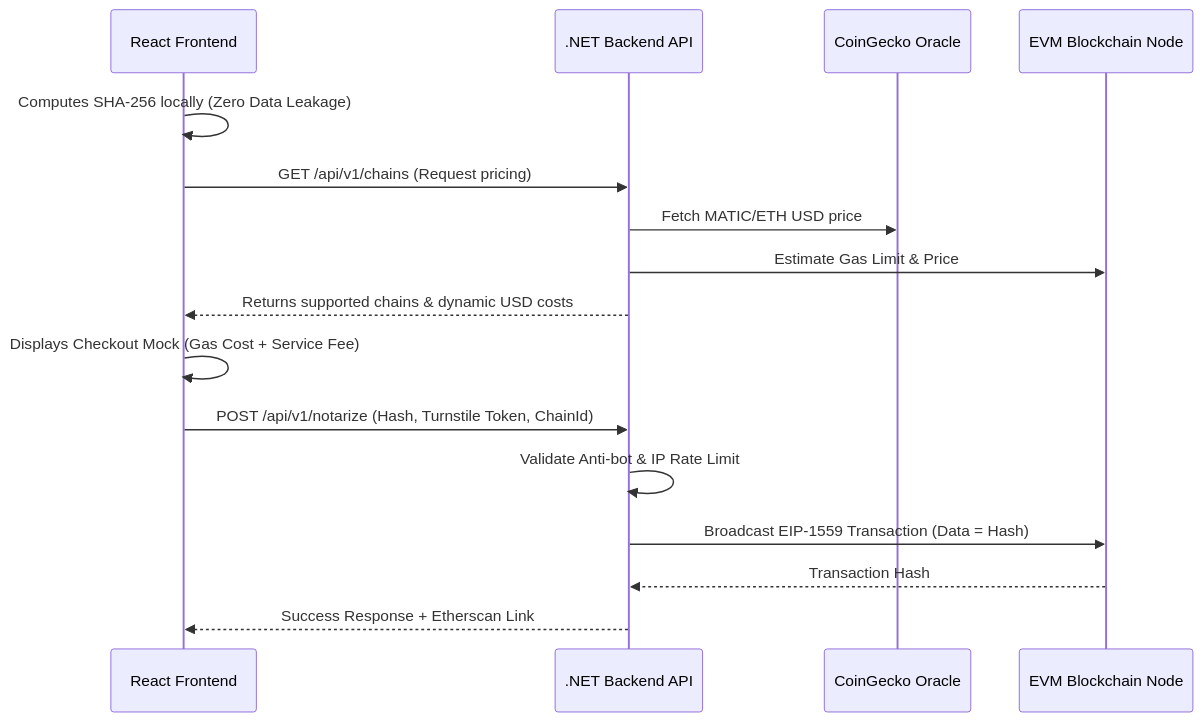
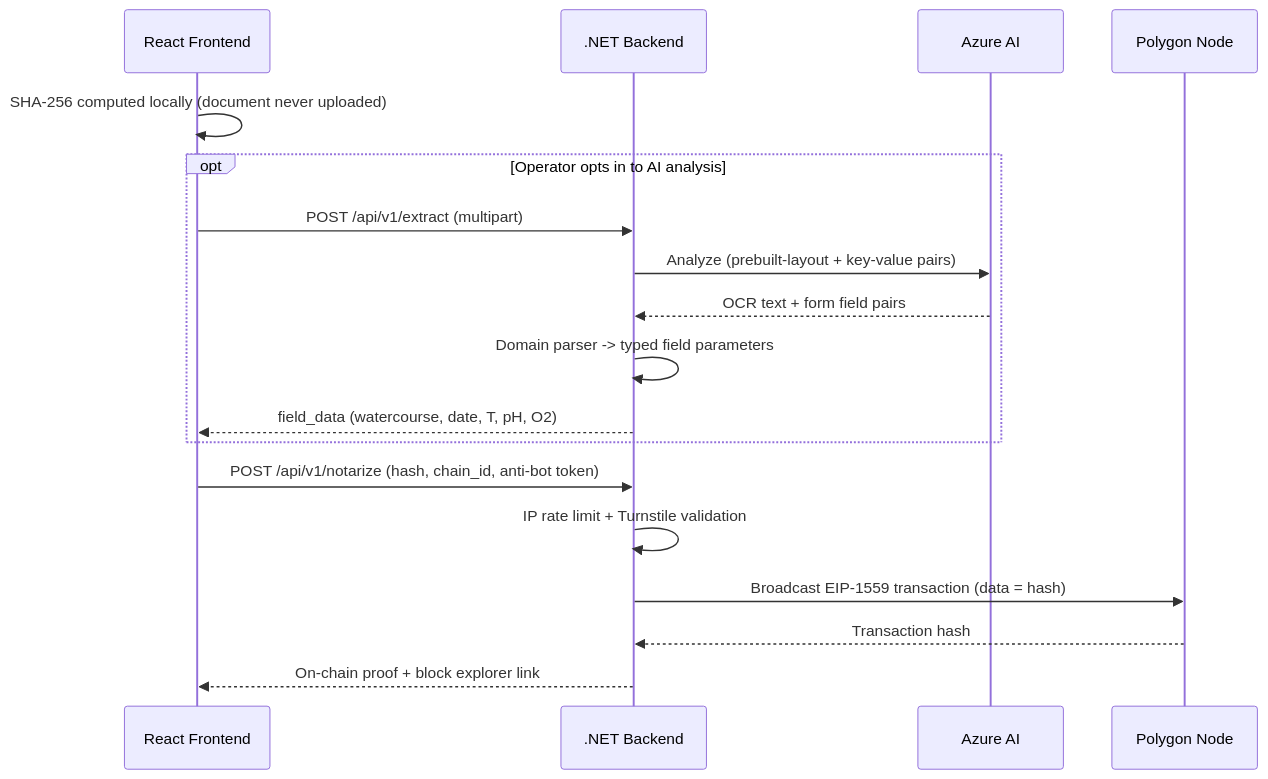
One commit to N0g4D/azure-web3-notarizer changed the second of 2 diagrams in README.md. Above: the diagram before and after it, drawn with Mermaid. The commit also changed other lines of this file, not shown here.

```diff
--- a/README.md
+++ b/README.md
@@ -50,19 +99,21 @@
 ~~~mermaid
 sequenceDiagram
     participant B as React Frontend
-    participant A as .NET Backend API
-    participant O as CoinGecko Oracle
-    participant R as EVM Blockchain Node
-    
-    B->>B: Computes SHA-256 locally (Zero Data Leakage)
-    B->>A: GET /api/v1/chains (Request pricing)
-    A->>O: Fetch MATIC/ETH USD price
-    A->>R: Estimate Gas Limit & Price
-    A-->>B: Returns supported chains & dynamic USD costs
-    B->>B: Displays Checkout Mock (Gas Cost + Service Fee)
-    B->>A: POST /api/v1/notarize (Hash, Turnstile Token, ChainId)
-    A->>A: Validate Anti-bot & IP Rate Limit
-    A->>R: Broadcast EIP-1559 Transaction (Data = Hash)
-    R-->>A: Transaction Hash
-    A-->>B: Success Response + Etherscan Link
+    participant A as .NET Backend
+    participant Z as Azure AI
+    participant R as Polygon Node
+
+    B->>B: SHA-256 computed locally (document never uploaded)
+    opt Operator opts in to AI analysis
+        B->>A: POST /api/v1/extract (multipart)
+        A->>Z: Analyze (prebuilt-layout + key-value pairs)
+        Z-->>A: OCR text + form field pairs
+        A->>A: Domain parser -> typed field parameters
+        A-->>B: field_data (watercourse, date, T, pH, O2)
+    end
+    B->>A: POST /api/v1/notarize (hash, chain_id, anti-bot token)
+    A->>A: IP rate limit + Turnstile validation
+    A->>R: Broadcast EIP-1559 transaction (data = hash)
+    R-->>A: Transaction hash
+    A-->>B: On-chain proof + block explorer link
 ~~~
```
